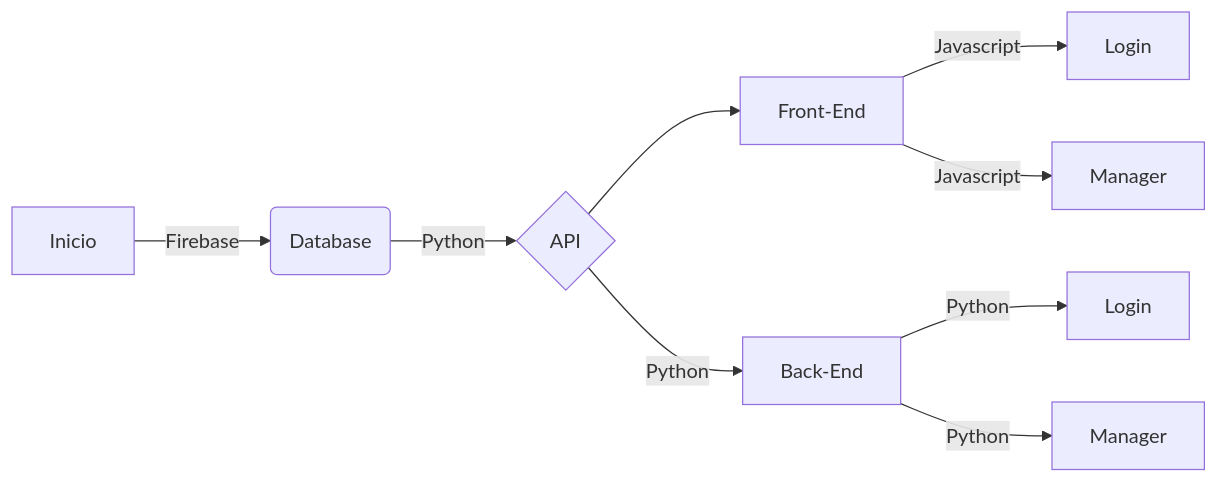
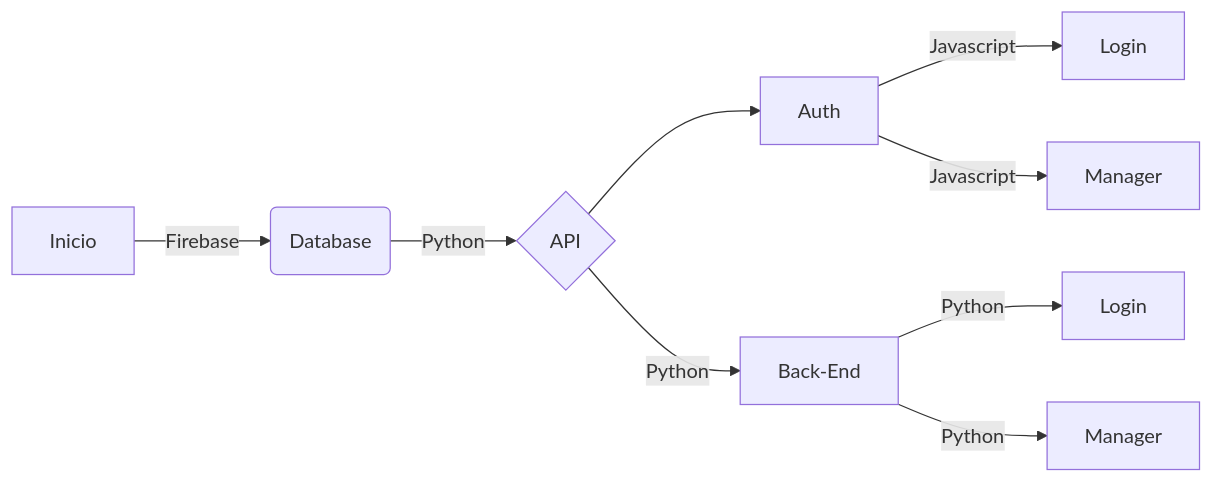
One commit to SauloCandeira/pattern-firebase changed the diagram in readme.md. Above: the diagram before and after it, drawn with Mermaid.

````diff
--- a/readme.md
+++ b/readme.md
@@ -13,11 +13,11 @@
 ```mermaid
 flowchart LR
 A[Inicio] -->|Firebase| B(Database)
 B --> |Python| C{API}
-C --> D[Front-End]
+C --> D[Auth]
 C -->|Python| E[Back-End]
 E --> |Python| F[Login]
 D -->|Javascript| G[Login]
 D -->|Javascript| H[Manager]
 E --> |Python| I[Manager]
 ```
````
